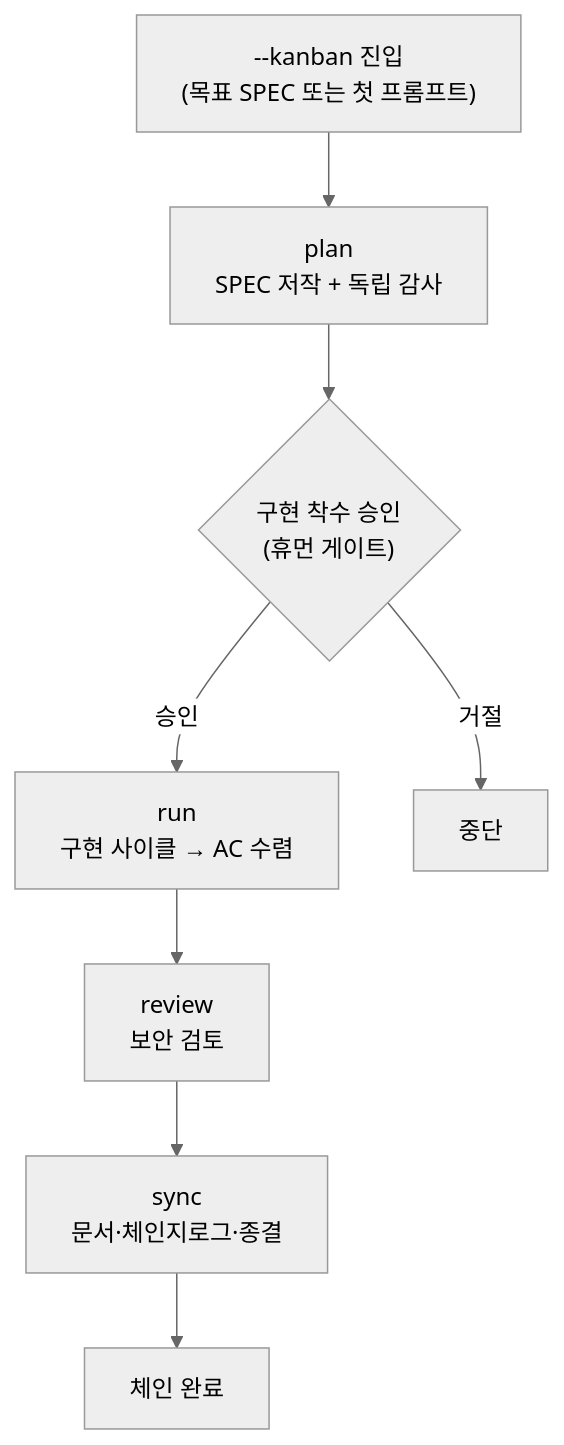
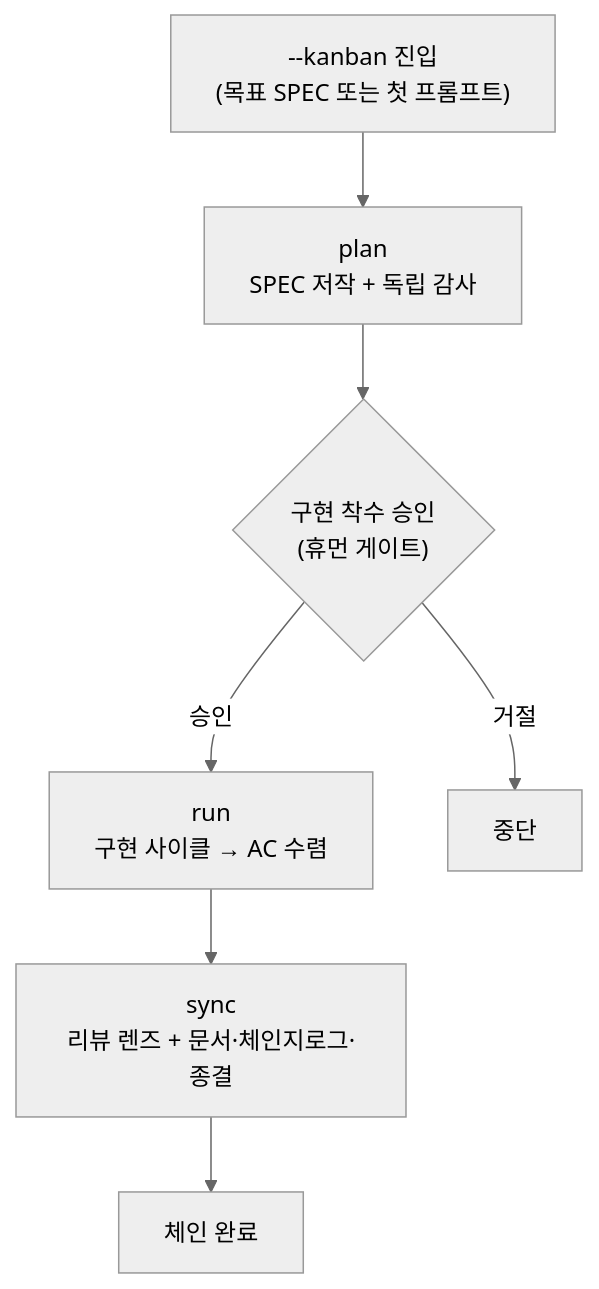
One commit to modu-ai/moai-adk changed the second of 2 diagrams in docs-site/content/ko/advanced/kanban-mode.md. Above: the diagram before and after it, drawn with Mermaid (neutral theme). The commit also changed other lines of this file and 16 other files, not shown here.

````diff
--- a/docs-site/content/ko/advanced/kanban-mode.md
+++ b/docs-site/content/ko/advanced/kanban-mode.md
@@ -208,10 +207,9 @@
 ```mermaid
 flowchart TD
     Entry["--kanban 진입<br/>(목표 SPEC 또는 첫 프롬프트)"] --> Plan["plan<br/>SPEC 저작 + 독립 감사"]
     Plan --> Gate1{"구현 착수 승인<br/>(휴먼 게이트)"}
     Gate1 -->|"승인"| Run["run<br/>구현 사이클 → AC 수렴"]
     Gate1 -->|"거절"| Stop1["중단"]
-    Run --> Review["review<br/>보안 검토"]
-    Review --> Sync["sync<br/>문서·체인지로그·종결"]
+    Run --> Sync["sync<br/>리뷰 렌즈 + 문서·체인지로그·종결"]
     Sync --> Done["체인 완료"]
 ```
````
